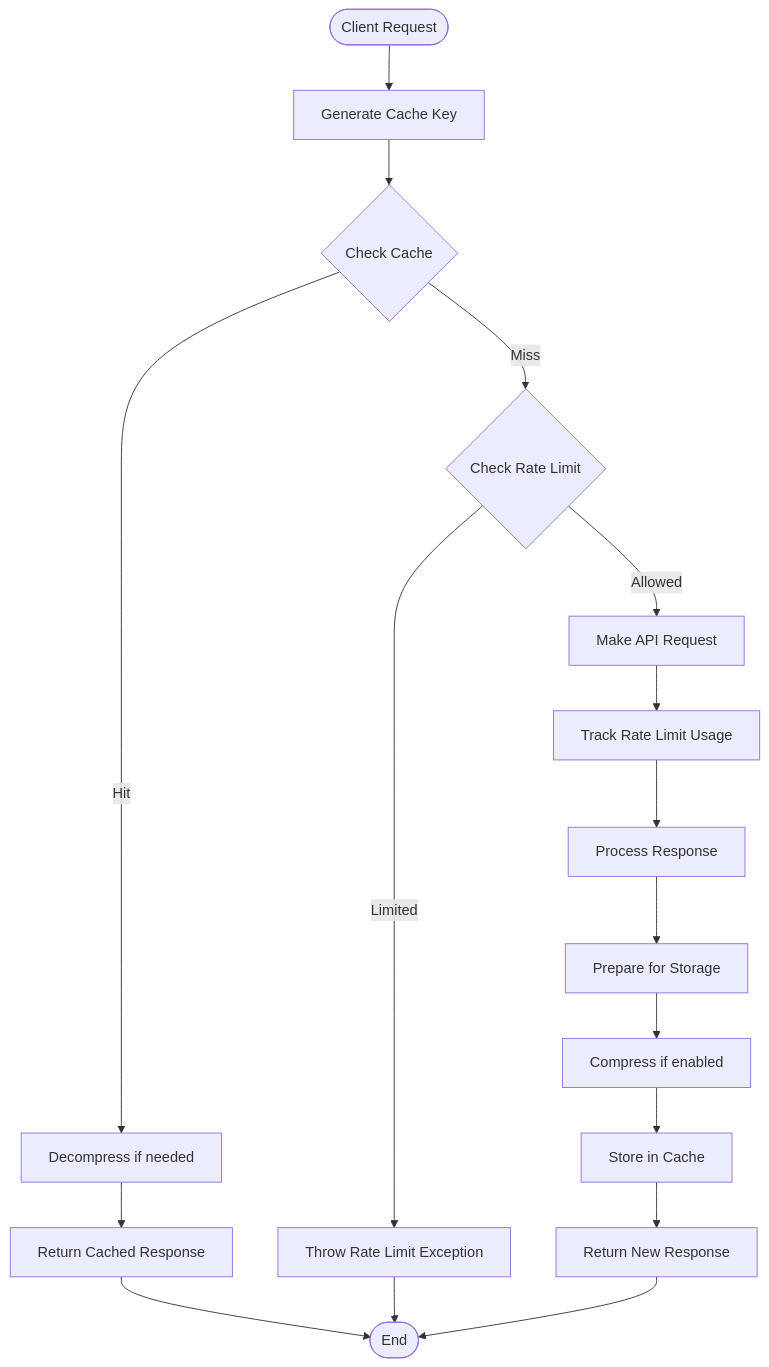
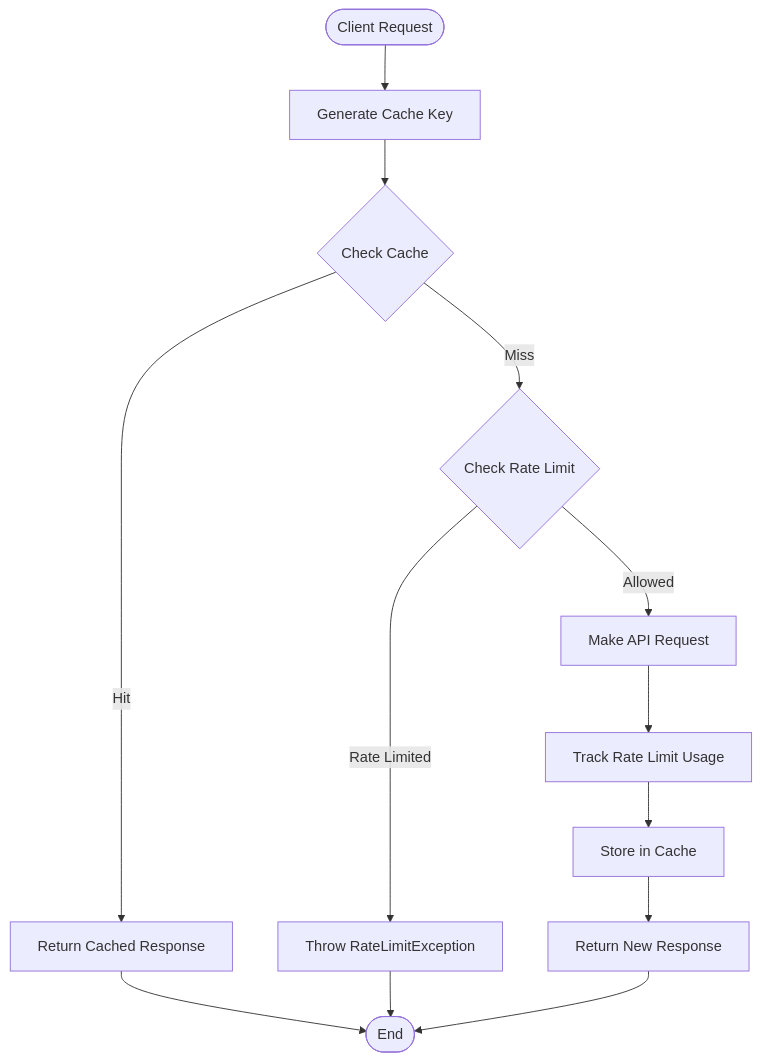
One commit to fofxtools/api-cache changed the diagram in docs/diagrams/workflow-diagram.mmd. Above: the diagram before and after it, drawn with Mermaid. The commit also changed 11 other files, not shown here.

```diff
--- a/docs/diagrams/workflow-diagram.mmd
+++ b/docs/diagrams/workflow-diagram.mmd
@@ -1,22 +1,17 @@
 flowchart TD
     Start([Client Request]) --> GenKey[Generate Cache Key]
     GenKey --> CheckCache{Check Cache}
     
-    CheckCache -->|Hit| Decompress[Decompress if needed]
-    Decompress --> ReturnCache[Return Cached Response]
+    CheckCache -->|Hit| ReturnCache[Return Cached Response]
     ReturnCache --> End([End])
     
     CheckCache -->|Miss| CheckLimit{Check Rate Limit}
     
-    CheckLimit -->|Limited| ThrowLimit[Throw Rate Limit Exception]
+    CheckLimit -->|Rate Limited| ThrowLimit[Throw RateLimitException]
     ThrowLimit --> End
     
     CheckLimit -->|Allowed| MakeRequest[Make API Request]
     MakeRequest --> TrackLimit[Track Rate Limit Usage]
-    TrackLimit --> ProcessResp[Process Response]
-    
-    ProcessResp --> PrepStore[Prepare for Storage]
-    PrepStore --> Compress[Compress if enabled]
-    Compress --> Store[Store in Cache]
+    TrackLimit --> Store[Store in Cache]
     Store --> ReturnNew[Return New Response]
-    ReturnNew --> End 
+    ReturnNew --> End
```
